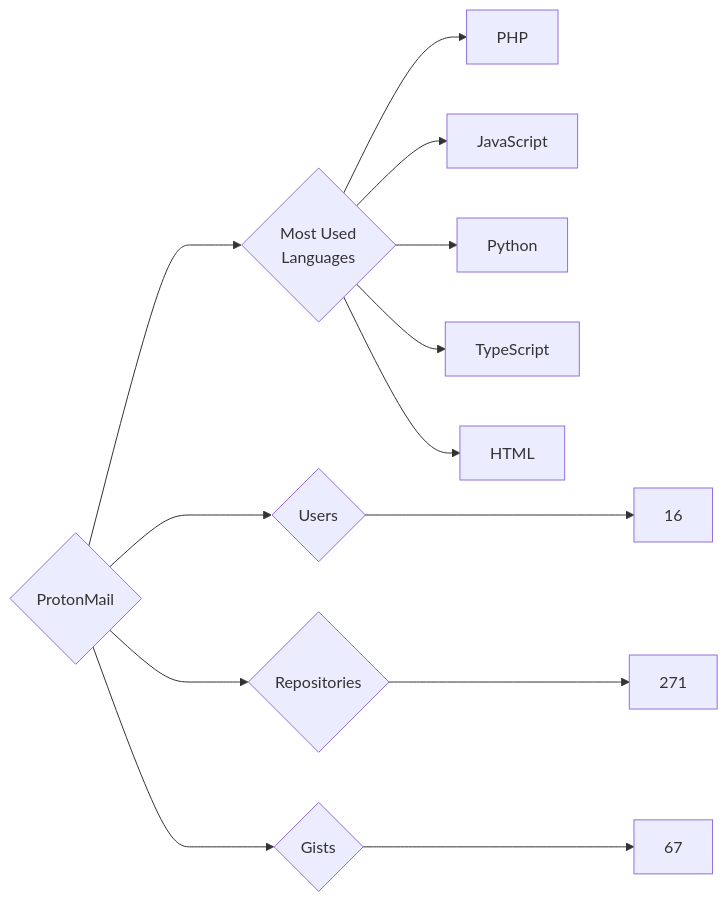
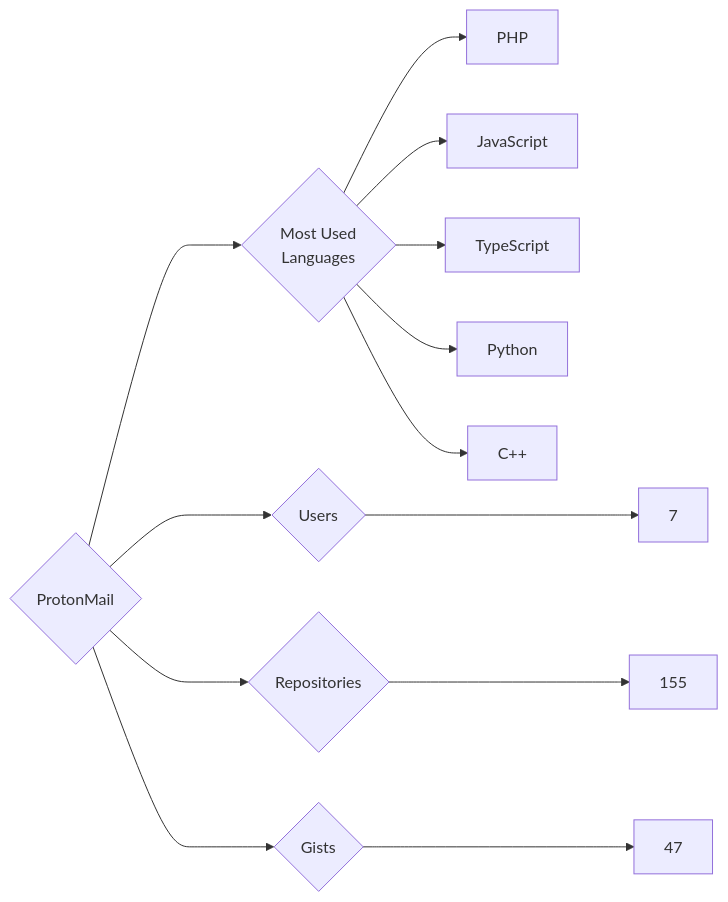
One commit to trickest/insiders changed the diagram in targets/ProtonMail/README.md. Above: the diagram before and after it, drawn with Mermaid. The commit also changed 940 other files, not shown here.

````diff
--- a/targets/ProtonMail/README.md
+++ b/targets/ProtonMail/README.md
@@ -3,13 +3,13 @@
 ```mermaid
 graph LR
 COMPANY_NAME{ProtonMail}
-COMPANY_NAME ---> U{Users} ---> UN[16]
-COMPANY_NAME ---> R{Repositories} ---> RN[271]
-COMPANY_NAME ---> G{Gists} ---> GN[67]
+COMPANY_NAME ---> U{Users} ---> UN[7]
+COMPANY_NAME ---> R{Repositories} ---> RN[155]
+COMPANY_NAME ---> G{Gists} ---> GN[47]
 COMPANY_NAME ---> ML{Most Used<br>Languages}
 ML --> PHP[PHP]
 ML --> JavaScript[JavaScript]
+ML --> TypeScript[TypeScript]
 ML --> Python[Python]
-ML --> TypeScript[TypeScript]
-ML --> HTML[HTML]
+ML --> C++[C++]
 ```
````
